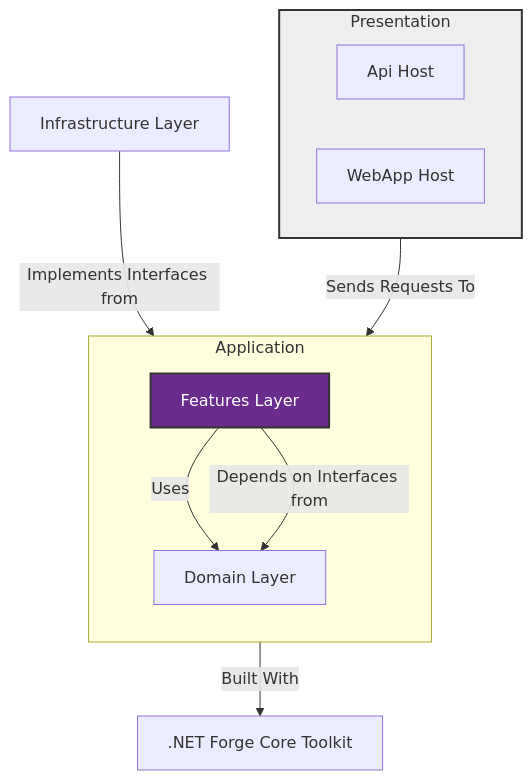
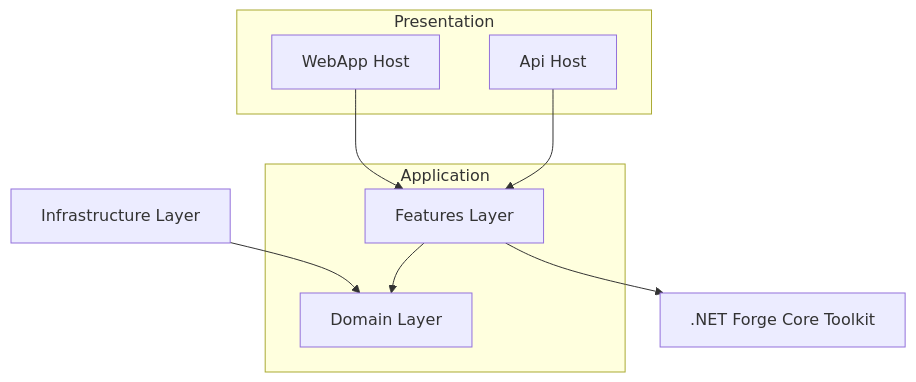
One commit to hur1can3/netforge changed the diagram in readme.md. Above: the diagram before and after it, drawn with Mermaid. The commit also changed other lines of this file and 1 other file, not shown here.

Commit message:
docs: fix mermaid diagrams for GitHub compatibility and normalize lists

````diff
--- a/readme.md
+++ b/readme.md
@@ -14,26 +14,19 @@
 ```mermaid
 graph TD
     subgraph Presentation
-        direction LR
         API[Api Host]
         WebApp[WebApp Host]
     end
-
     subgraph Application
-        direction TD
         Features[Features Layer]
         Domain[Domain Layer]
     end
-    
     Infrastructure[Infrastructure Layer]
-    Core[".NET Forge Core Toolkit"]
+    Core[.NET Forge Core Toolkit]
 
-    Presentation -- "Sends Requests To" --> Features
-    Features -- "Uses" --> Domain
-    Features -- "Depends on Interfaces from" --> Domain
-    Infrastructure -- "Implements Interfaces from" --> Domain
-    Features -- "Built With" --> Core
-
-    style Features fill:#6A2C8C,stroke:#333,stroke-width:2px,color:white
-    style Presentation fill:#eee,stroke:#333,stroke-width:2px
+    API --> Features
+    WebApp --> Features
+    Features --> Domain
+    Infrastructure --> Domain
+    Features --> Core
 ```
````
